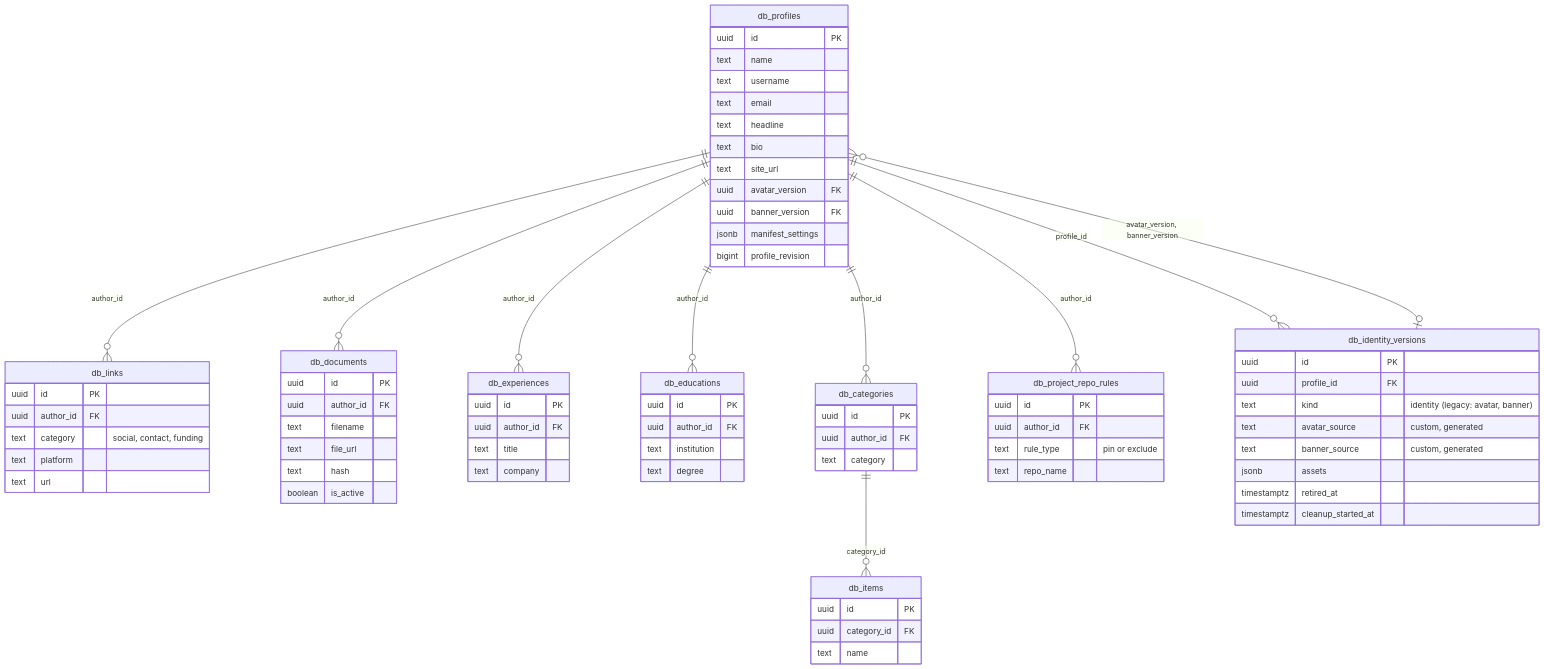
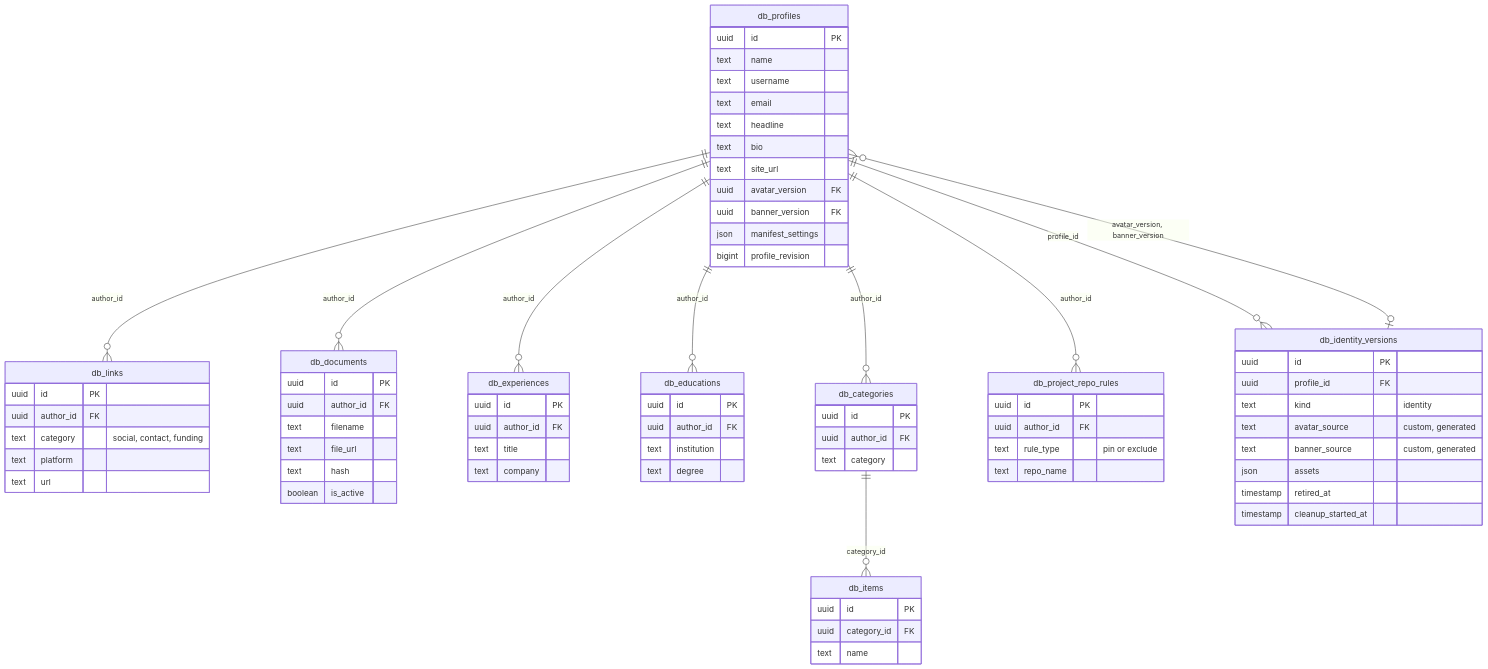
The second of 2 diagrams in docs/003-architecture/009-database-schema.md (farhnkrnapratma/idstead), drawn with Mermaid before and after one commit. The commit also changed other lines of this file and 25 other files, not shown here.

First line of the commit message:
docs: document analytics settings, the D1 schema and current tests

````diff
--- a/docs/003-architecture/009-database-schema.md
+++ b/docs/003-architecture/009-database-schema.md
@@ -114,79 +109,79 @@
 ```mermaid
 erDiagram
     db_profiles ||--o{ db_links : "author_id"
     db_profiles ||--o{ db_documents : "author_id"
     db_profiles ||--o{ db_experiences : "author_id"
     db_profiles ||--o{ db_educations : "author_id"
     db_profiles ||--o{ db_categories : "author_id"
     db_categories ||--o{ db_items : "category_id"
     db_profiles ||--o{ db_project_repo_rules : "author_id"
     db_identity_versions |o--o{ db_profiles : "avatar_version, banner_version"
     db_profiles ||--o{ db_identity_versions : "profile_id"
 
     db_profiles {
         uuid id PK
         text name
         text username
         text email
         text headline
         text bio
         text site_url
         uuid avatar_version FK
         uuid banner_version FK
-        jsonb manifest_settings
+        json manifest_settings
         bigint profile_revision
     }
     db_identity_versions {
         uuid id PK
         uuid profile_id FK
-        text kind "identity (legacy: avatar, banner)"
+        text kind "identity"
         text avatar_source "custom, generated"
         text banner_source "custom, generated"
-        jsonb assets
-        timestamptz retired_at
-        timestamptz cleanup_started_at
+        json assets
+        timestamp retired_at
+        timestamp cleanup_started_at
     }
     db_links {
         uuid id PK
         uuid author_id FK
         text category "social, contact, funding"
         text platform
         text url
     }
     db_documents {
         uuid id PK
         uuid author_id FK
         text filename
         text file_url
         text hash
         boolean is_active
     }
     db_experiences {
         uuid id PK
         uuid author_id FK
         text title
         text company
     }
     db_educations {
         uuid id PK
         uuid author_id FK
         text institution
         text degree
     }
     db_categories {
         uuid id PK
         uuid author_id FK
         text category
     }
     db_items {
         uuid id PK
         uuid category_id FK
         text name
     }
     db_project_repo_rules {
         uuid id PK
         uuid author_id FK
         text rule_type "pin or exclude"
         text repo_name
     }
 ```
````
